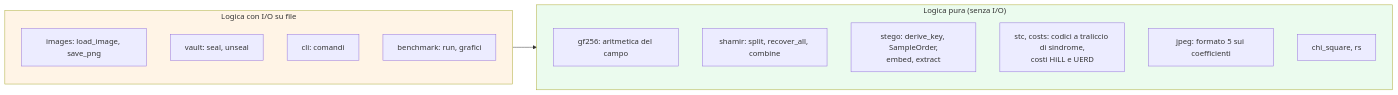
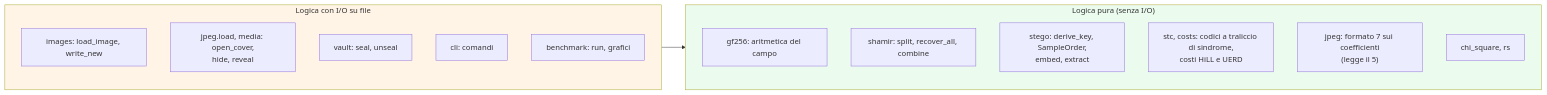
The diagram in docs_it/03-function-reference.md (Just-Ipavon/shardpix), drawn with Mermaid before and after one commit. The commit also changed other lines of this file and 8 other files, not shown here.

````diff
--- a/docs_it/03-function-reference.md
+++ b/docs_it/03-function-reference.md
@@ -31,23 +31,24 @@
 ```mermaid
 graph LR
     subgraph pure["Logica pura (senza I/O)"]
         P1["gf256: aritmetica del campo"]
         P2["shamir: split, recover_all, combine"]
         P3["stego: derive_key, SampleOrder,<br/>embed, extract"]
         P5["stc, costs: codici a traliccio di sindrome,<br/>costi HiLL e UERD"]
-        P6["jpeg: formato 5 sui coefficienti"]
+        P6["jpeg: formato 7 sui coefficienti<br/>(legge il 5)"]
         P4["chi_square, rs"]
     end
 
     subgraph io["Logica con I/O su file"]
-        I1["images: load_image, save_png"]
+        I1["images: load_image, write_new"]
+        I5["jpeg.load, media: open_cover,<br/>hide, reveal"]
         I2["vault: seal, unseal"]
         I3["cli: comandi"]
         I4["benchmark: run, grafici"]
     end
 
     io --> pure
 
     style pure fill:#ebfbee
     style io fill:#fff4e6
 ```
````
